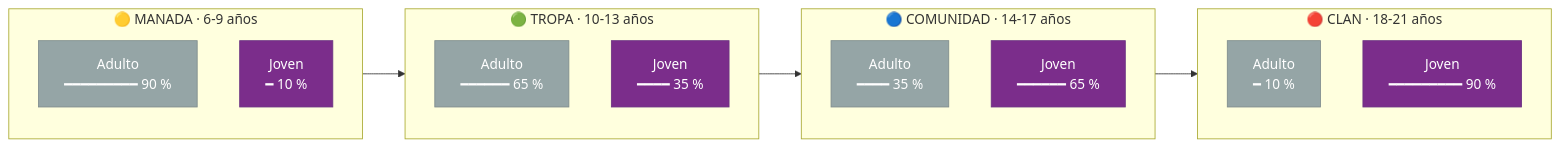
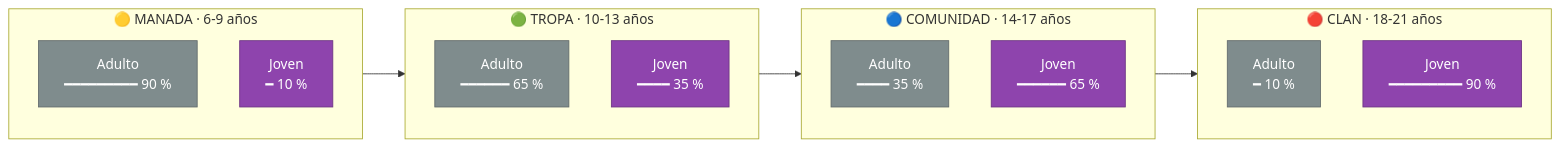
The second of 3 diagrams in docs/base-conocimiento/tips-consejeros/liderazgo-transferencia.md (conecta-clanes/my-website), drawn with Mermaid before and after one commit. The commit also changed other lines of this file and 51 other files, not shown here.

````diff
--- a/docs/base-conocimiento/tips-consejeros/liderazgo-transferencia.md
+++ b/docs/base-conocimiento/tips-consejeros/liderazgo-transferencia.md
@@ -30,27 +30,27 @@
 ```mermaid
 flowchart LR
     subgraph MAN["🟡 MANADA · 6-9 años"]
         MA1["Adulto<BR>━━━━━━━━━ 90 %"]
         MJ1["Joven<BR>━ 10 %"]
     end
     subgraph TRO["🟢 TROPA · 10-13 años"]
         TA1["Adulto<BR>━━━━━━ 65 %"]
         TJ1["Joven<BR>━━━━ 35 %"]
     end
     subgraph COM["🔵 COMUNIDAD · 14-17 años"]
         CA1["Adulto<BR>━━━━ 35 %"]
         CJ1["Joven<BR>━━━━━━ 65 %"]
     end
     subgraph CLA["🔴 CLAN · 18-21 años"]
         XA1["Adulto<BR>━ 10 %"]
         XJ1["Joven<BR>━━━━━━━━━ 90 %"]
     end
 
     MAN --> TRO --> COM --> CLA
 
-    classDef adulto fill:#95a5a6,stroke:#7f8c8d,color:#fff
-    classDef juvenil fill:#7b2d8b,stroke:#6c3483,color:#fff
+    classDef adulto fill:#7f8c8d,stroke:#616a6b,color:#fff
+    classDef juvenil fill:#8e44ad,stroke:#6c3483,color:#fff
 
     class MA1,TA1,CA1,XA1 adulto
     class MJ1,TJ1,CJ1,XJ1 juvenil
 ```
````
